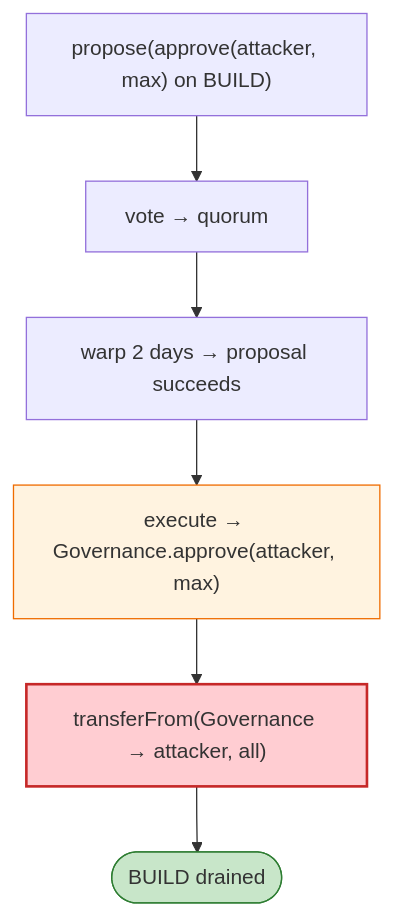
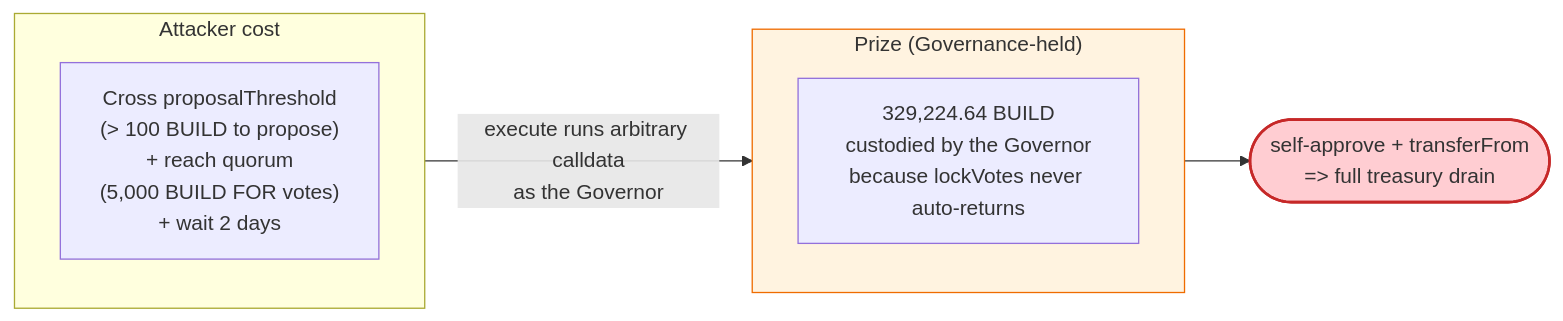
One commit to sanbir/evm-hack-registry changed the fourth of 4 diagrams in 2022-02-BuildF_exp/BuildF_exp.md. Above: the diagram before and after it, drawn with Mermaid. The commit also changed other lines of this file and 52 other files, not shown here.

````diff
--- a/2022-02-BuildF_exp/BuildF_exp.md
+++ b/2022-02-BuildF_exp/BuildF_exp.md
@@ -48,12 +388,14 @@
 ```mermaid
-flowchart TD
-    P["propose(approve(attacker, max) on BUILD)"] --> V["vote → quorum"]
-    V --> W["warp 2 days → proposal succeeds"]
-    W --> E["execute → Governance.approve(attacker, max)"]
-    E --> T["transferFrom(Governance → attacker, all)"]
-    T --> OUT(["BUILD drained"])
+flowchart LR
+    subgraph Cost["Attacker cost"]
+        C["Cross proposalThreshold<br/>(> 100 BUILD to propose)<br/>+ reach quorum<br/>(5,000 BUILD FOR votes)<br/>+ wait 2 days"]
+    end
+    subgraph Prize["Prize (Governance-held)"]
+        P["329,224.64 BUILD<br/>custodied by the Governor<br/>because lockVotes never auto-returns"]
+    end
+    Cost -->|"execute runs arbitrary calldata<br/>as the Governor"| Prize
+    Prize --> Drain(["self-approve + transferFrom<br/>=> full treasury drain"])
 
-    style E fill:#fff3e0,stroke:#ef6c00
-    style T fill:#ffcdd2,stroke:#c62828,stroke-width:2px
-    style OUT fill:#c8e6c9,stroke:#2e7d32
+    style Prize fill:#fff3e0,stroke:#ef6c00
+    style Drain fill:#ffcdd2,stroke:#c62828,stroke-width:2px
 ```
````
